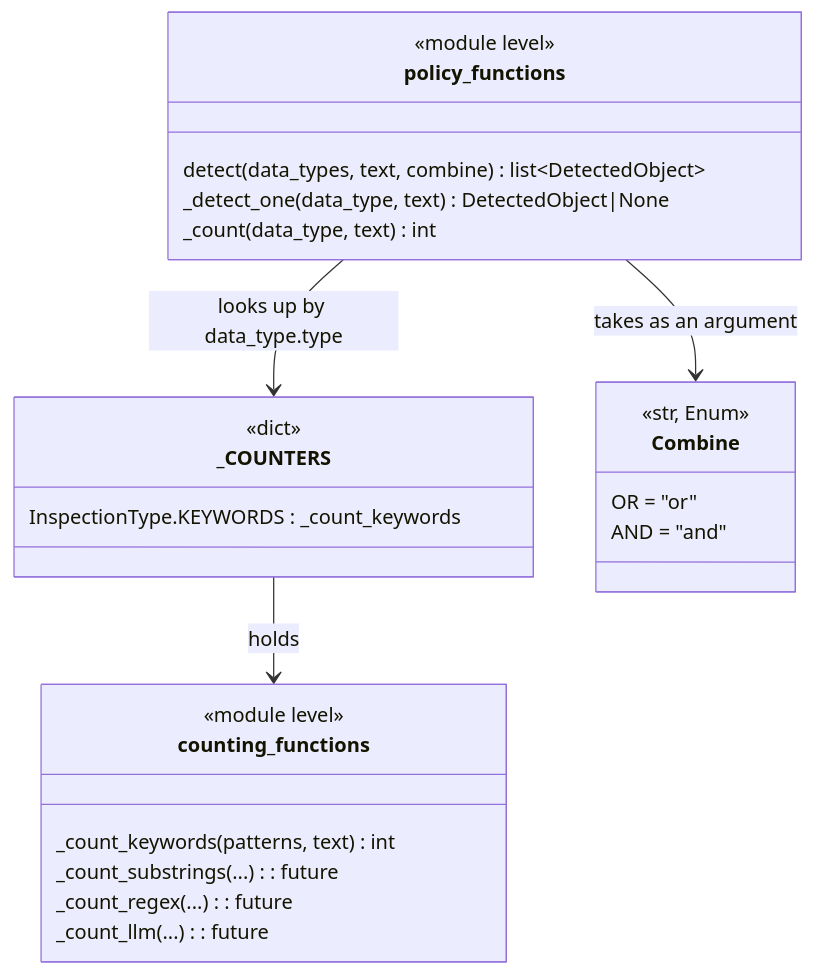
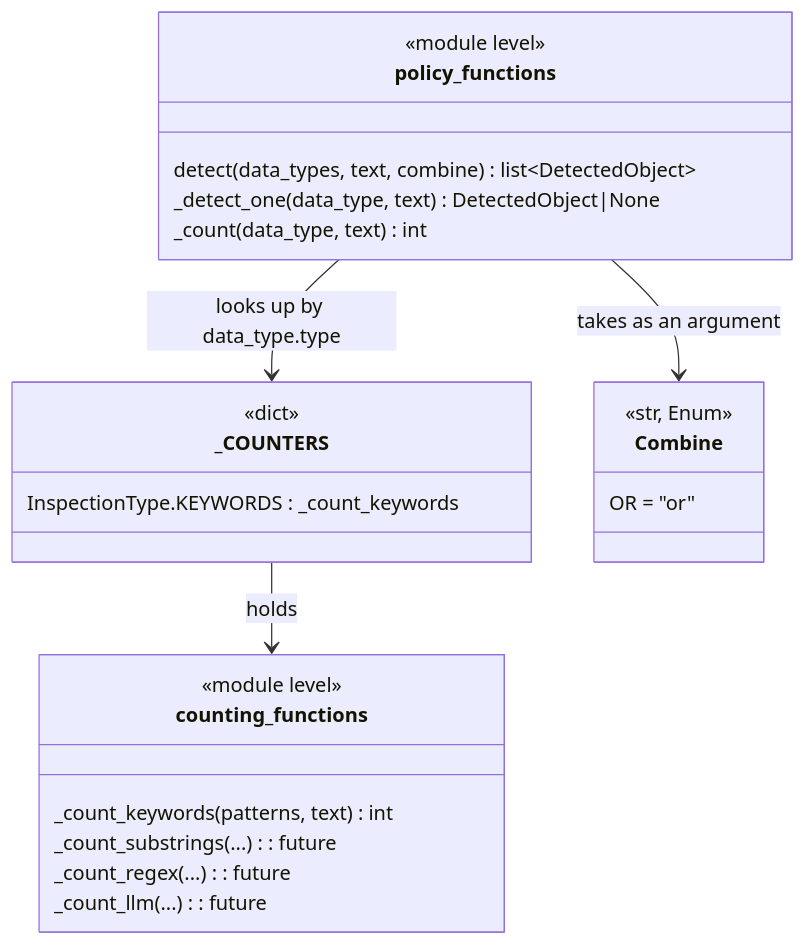
Before and after one commit to dolevol/data_leak_prevention: diagram 18 of 18 in docs/ARCHITECTURE.md, drawn with Mermaid. The commit also changed other lines of this file and 13 other files, not shown here.

````diff
--- a/docs/ARCHITECTURE.md
+++ b/docs/ARCHITECTURE.md
@@ -505,28 +557,27 @@
 ```mermaid
 classDiagram
     class counting_functions {
         <<module level>>
         _count_keywords(patterns, text) int
         _count_substrings(...) : future
         _count_regex(...) : future
         _count_llm(...) : future
     }
     class _COUNTERS {
         <<dict>>
         InspectionType.KEYWORDS : _count_keywords
     }
     class policy_functions {
         <<module level>>
         detect(data_types, text, combine) list~DetectedObject~
         _detect_one(data_type, text) DetectedObject|None
         _count(data_type, text) int
     }
     class Combine {
         <<str, Enum>>
         OR = "or"
-        AND = "and"
     }
     policy_functions --> _COUNTERS : looks up by data_type.type
     _COUNTERS --> counting_functions : holds
     policy_functions --> Combine : takes as an argument
 ```
````
